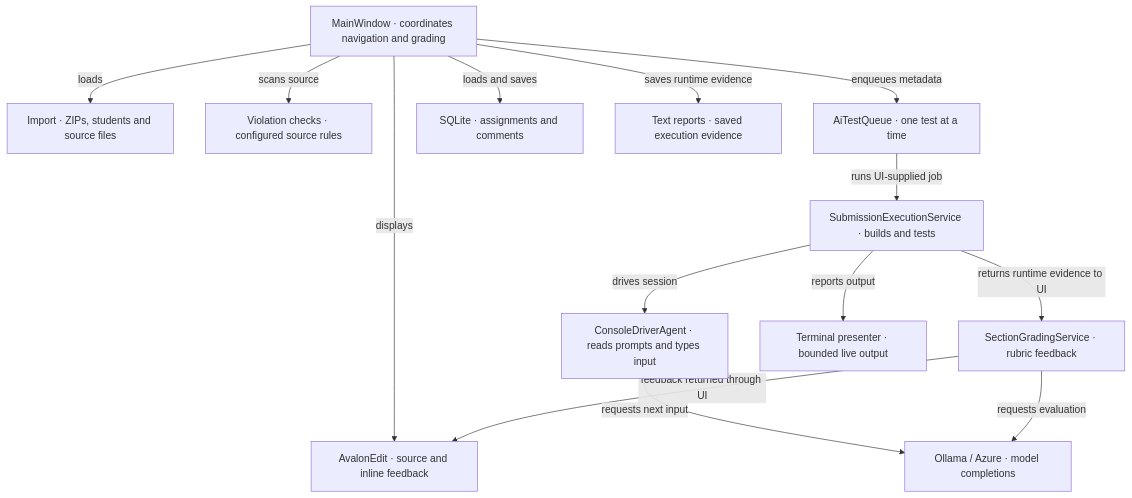
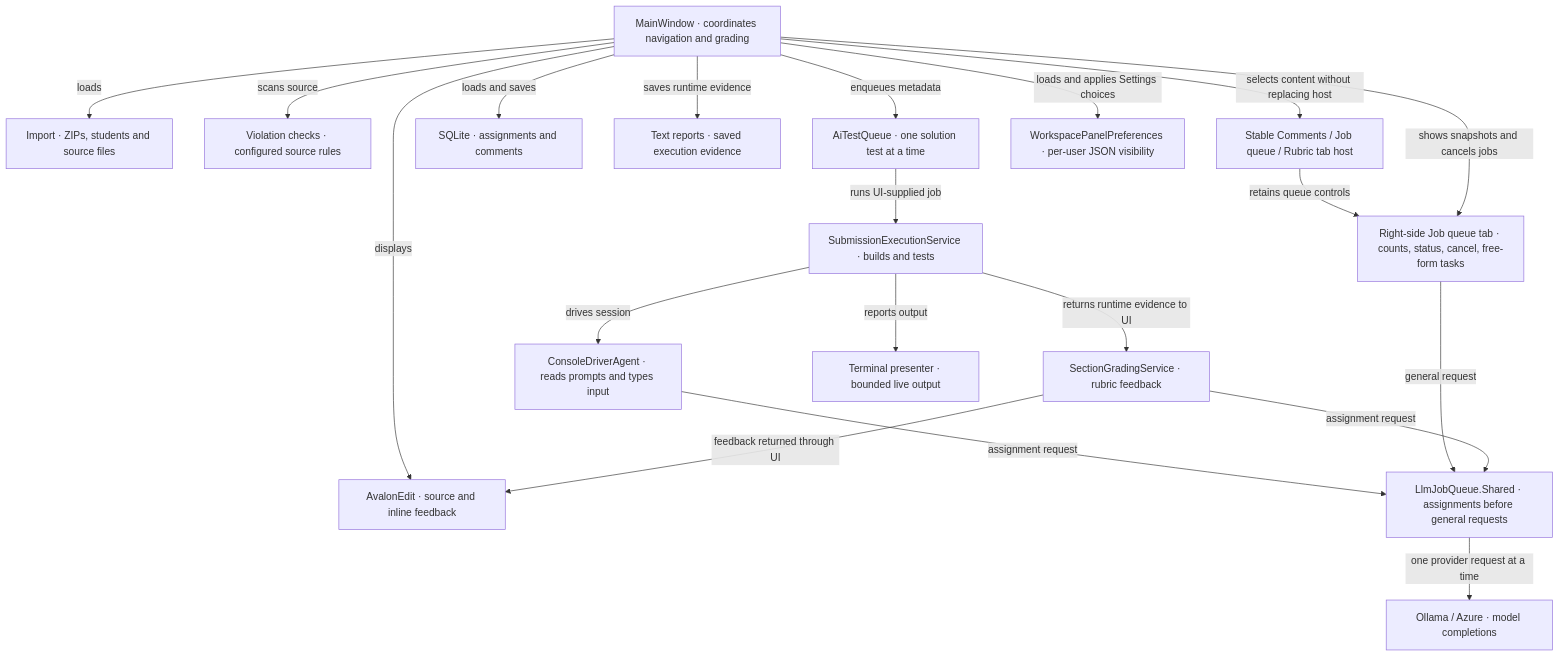
The second of 11 diagrams in KNOWLEDGE_GRAPH.md (signalnotnoise/GuidedGrade), drawn with Mermaid before and after one commit. The commit also changed other lines of this file and 180 other files, not shown here.

````diff
--- a/KNOWLEDGE_GRAPH.md
+++ b/KNOWLEDGE_GRAPH.md
@@ -7,28 +20,38 @@
 ```mermaid
 flowchart TD
     UI["MainWindow · coordinates navigation and grading"]
     Import["Import · ZIPs, students and source files"]
     Editor["AvalonEdit · source and inline feedback"]
     Rules["Violation checks · configured source rules"]
-    Queue["AiTestQueue · one test at a time"]
+    Queue["AiTestQueue · one solution test at a time"]
+    Jobs["LlmJobQueue.Shared · assignments before general requests"]
+    JobPanel["Right-side Job queue tab · counts, status, cancel, free-form tasks"]
     Execute["SubmissionExecutionService · builds and tests"]
     Agent["ConsoleDriverAgent · reads prompts and types input"]
     Grade["SectionGradingService · rubric feedback"]
     Model["Ollama / Azure · model completions"]
     Store["SQLite · assignments and comments"]
     Terminal["Terminal presenter · bounded live output"]
     Reports["Text reports · saved execution evidence"]
+    Panels["Stable Comments / Job queue / Rubric tab host"]
+    Preferences["WorkspacePanelPreferences · per-user JSON visibility"]
+    UI -->|selects content without replacing host| Panels
+    Panels -->|retains queue controls| JobPanel
+    UI -->|loads and applies Settings choices| Preferences
     UI -->|loads| Import
     UI -->|displays| Editor
     UI -->|scans source| Rules
     UI -->|enqueues metadata| Queue
     Queue -->|runs UI-supplied job| Execute
     Execute -->|drives session| Agent
-    Agent -->|requests next input| Model
+    Agent -->|assignment request| Jobs
+    JobPanel -->|general request| Jobs
+    UI -->|shows snapshots and cancels jobs| JobPanel
+    Jobs -->|one provider request at a time| Model
     Execute -->|reports output| Terminal
     Execute -->|returns runtime evidence to UI| Grade
-    Grade -->|requests evaluation| Model
+    Grade -->|assignment request| Jobs
     Grade -->|feedback returned through UI| Editor
     UI -->|loads and saves| Store
     UI -->|saves runtime evidence| Reports
 ```
````
